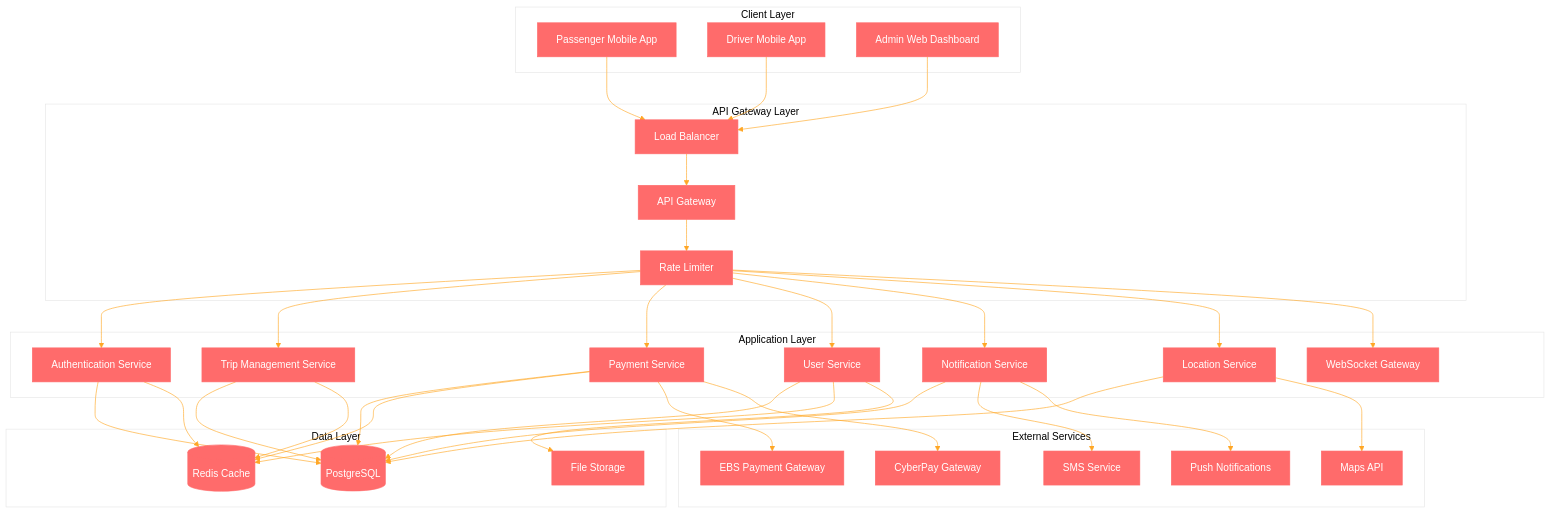
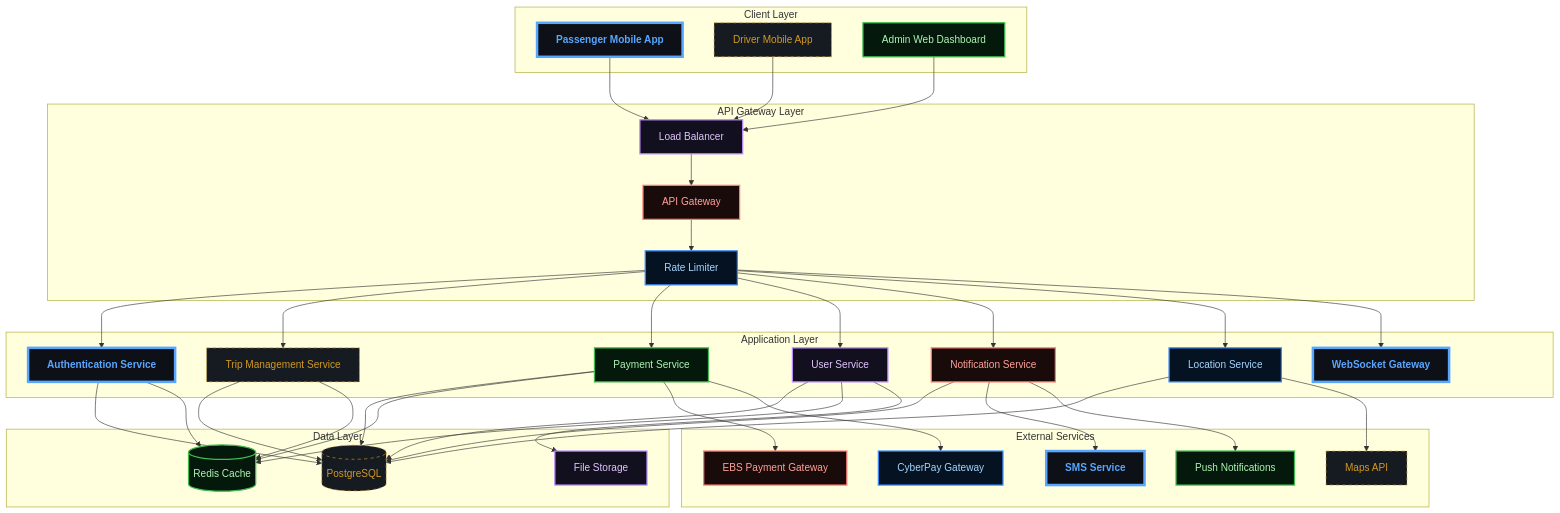
One commit to abdoElHodaky/transportapp changed the first of 15 diagrams in docs/ARCHITECTURE.md. Above: the diagram before and after it, drawn with Mermaid. The commit also changed other lines of this file and 9 other files, not shown here.

````diff
--- a/docs/ARCHITECTURE.md
+++ b/docs/ARCHITECTURE.md
@@ -23,5 +23,4 @@
 ```mermaid
-%%{init: {'theme':'base', 'themeVariables': {'primaryColor':'#ff6b6b','primaryTextColor':'#fff','primaryBorderColor':'#ff6b6b','lineColor':'#ffa726','sectionBkgColor':'#ff6b6b','altSectionBkgColor':'#fff','gridColor':'#fff','secondaryColor':'#006100','tertiaryColor':'#fff'}}}%%
 graph TB
     subgraph "Client Layer"
         A[Passenger Mobile App]
@@ -91,4 +90,46 @@
     K --> U
     
     J --> P
+
+    %% --- DARK GRADIENT & GLOW STYLING ---
+    
+    %% Main Dashboard (Neon Cyan/Blue)
+    classDef main fill:#0d1117,stroke:#58a6ff,stroke-width:4px,color:#58a6ff,font-weight:bold;
+    
+    %% Decision Diamond (Gold Glow)
+    classDef decision fill:#161b22,stroke:#d29922,color:#d29922,stroke-dasharray: 5 5;
+    
+    %% Revenue (Emerald Gradient Style)
+    classDef revNode fill:#04190b,stroke:#3fb950,color:#aff5b4,stroke-width:2px;
+    
+    %% Commission (Purple Gradient Style)
+    classDef commNode fill:#12101e,stroke:#bc8cff,color:#e2c5ff,stroke-width:2px;
+    
+    %% Refund (Ruby Gradient Style)
+    classDef refNode fill:#1a0b0b,stroke:#ff7b72,color:#ffa198,stroke-width:2px;
+    
+    %% Earnings (Sapphire Gradient Style)
+    classDef earnNode fill:#051221,stroke:#388bfd,color:#a5d6ff,stroke-width:2px;
+
+    class A main;
+    class B decision;
+    class C revNode;
+    class D commNode;
+    class E refNode;
+    class F earnNode;
+    class G main;
+    class H decision;
+    class I revNode;
+    class J commNode;
+    class K refNode;
+    class L earnNode;
+    class M main;
+    class N decision;
+    class O revNode;
+    class P commNode;
+    class Q refNode;
+    class R earnNode;
+    class S main;
+    class T decision;
+    class U revNode;
 ```
````
